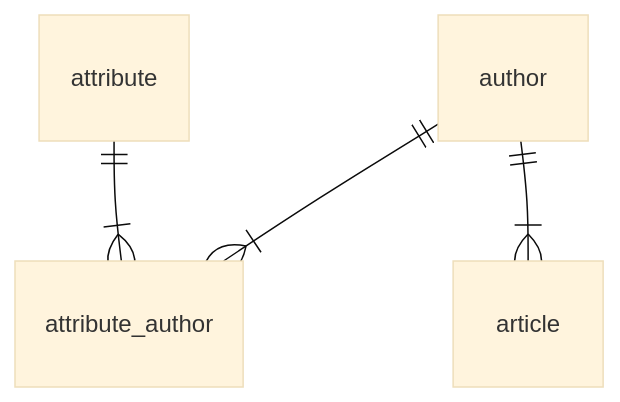
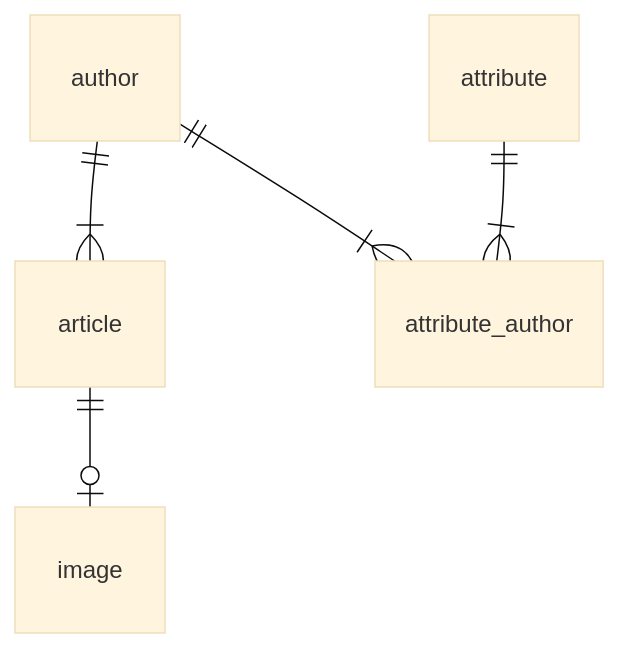
The second of 2 diagrams in README.md (joyrswd/article), drawn with Mermaid (base theme) before and after one commit. The commit also changed other lines of this file and 8 other files, not shown here.

````diff
--- a/README.md
+++ b/README.md
@@ -59,14 +59,16 @@
 ```mermaid
 
 erDiagram
 
 article {}
 attribute {}
 author {}
+image {}
 attribute_author {}
 
 author ||--|{ article : ""
+article ||--|o image : ""
 attribute ||--|{ attribute_author : ""
 author ||--|{ attribute_author : ""
 
 ```
````
